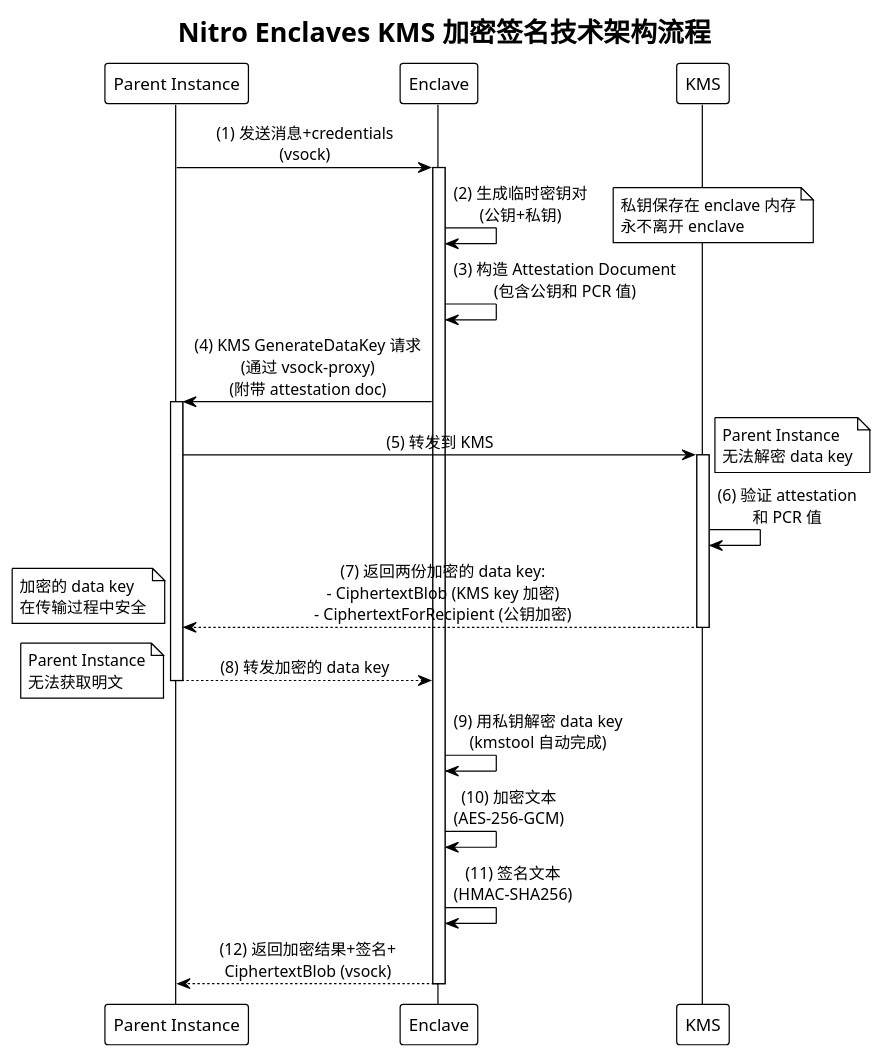
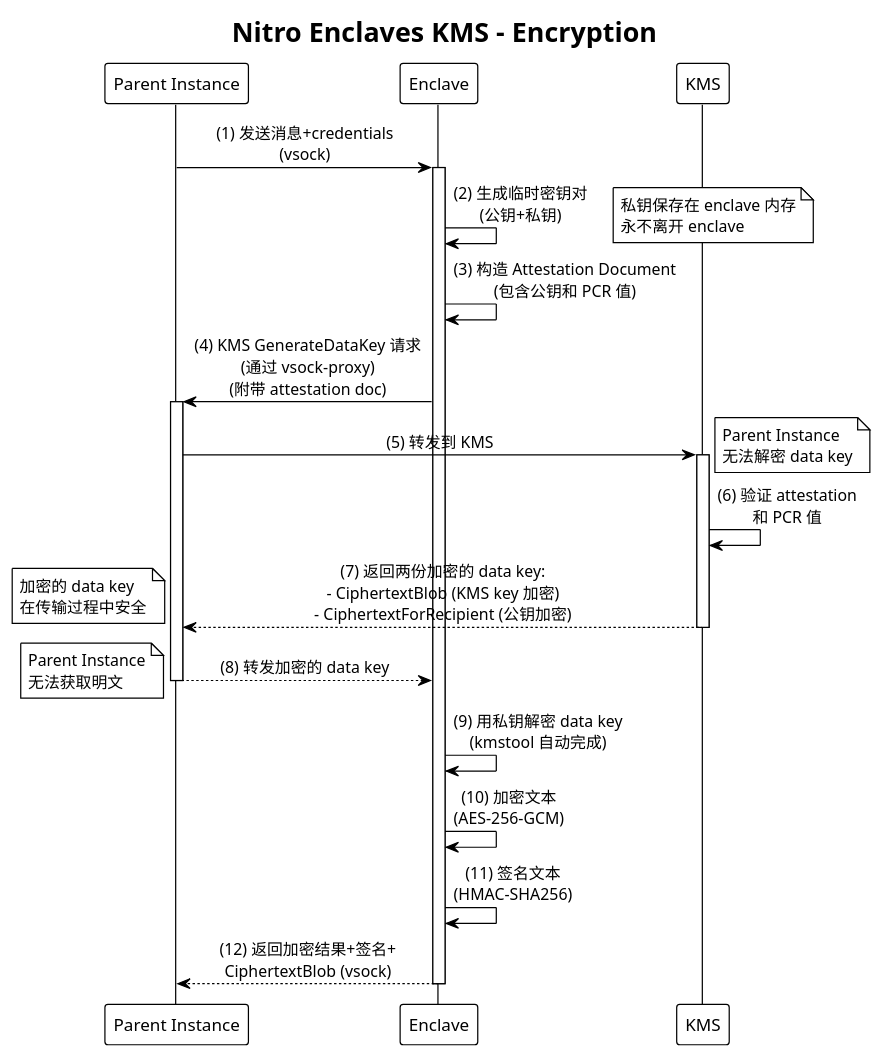
One commit to yilong016/enclave_demo changed the diagram in encryption-flow.puml. Above: the diagram before and after it, drawn with PlantUML. The commit also changed 3 other files, not shown here.

```diff
--- a/encryption-flow.puml
+++ b/encryption-flow.puml
@@ -1,47 +1,47 @@
 @startuml
 !theme plain
 skinparam backgroundColor #FFFFFF
 skinparam sequenceMessageAlign center
 skinparam BoxPadding 10
 
-title Nitro Enclaves KMS 加密签名技术架构流程
+title Nitro Enclaves KMS - Encryption
 
 participant "Parent Instance" as Parent
 participant "Enclave" as Enclave
 participant "KMS" as KMS
 
 Parent -> Enclave: (1) 发送消息+credentials\n(vsock)
 activate Enclave
 
 Enclave -> Enclave: (2) 生成临时密钥对\n(公钥+私钥)
 note right: 私钥保存在 enclave 内存\n永不离开 enclave
 
 Enclave -> Enclave: (3) 构造 Attestation Document\n(包含公钥和 PCR 值)
 
 Enclave -> Parent: (4) KMS GenerateDataKey 请求\n(通过 vsock-proxy)\n(附带 attestation doc)
 activate Parent
 
 Parent -> KMS: (5) 转发到 KMS
 activate KMS
 note right: Parent Instance\n无法解密 data key
 
 KMS -> KMS: (6) 验证 attestation\n和 PCR 值
 
 KMS --> Parent: (7) 返回两份加密的 data key:\n- CiphertextBlob (KMS key 加密)\n- CiphertextForRecipient (公钥加密)
 deactivate KMS
 note left: 加密的 data key\n在传输过程中安全
 
 Parent --> Enclave: (8) 转发加密的 data key
 deactivate Parent
 note left: Parent Instance\n无法获取明文
 
 Enclave -> Enclave: (9) 用私钥解密 data key\n(kmstool 自动完成)
 
 Enclave -> Enclave: (10) 加密文本\n(AES-256-GCM)
 
 Enclave -> Enclave: (11) 签名文本\n(HMAC-SHA256)
 
 Enclave --> Parent: (12) 返回加密结果+签名+\nCiphertextBlob (vsock)
 deactivate Enclave
 
 @enduml
```
